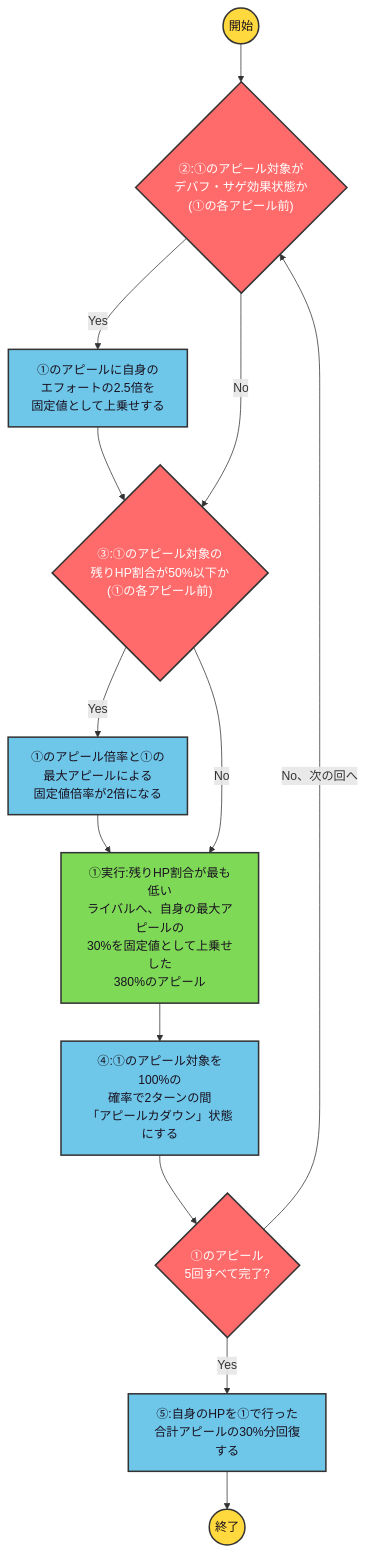
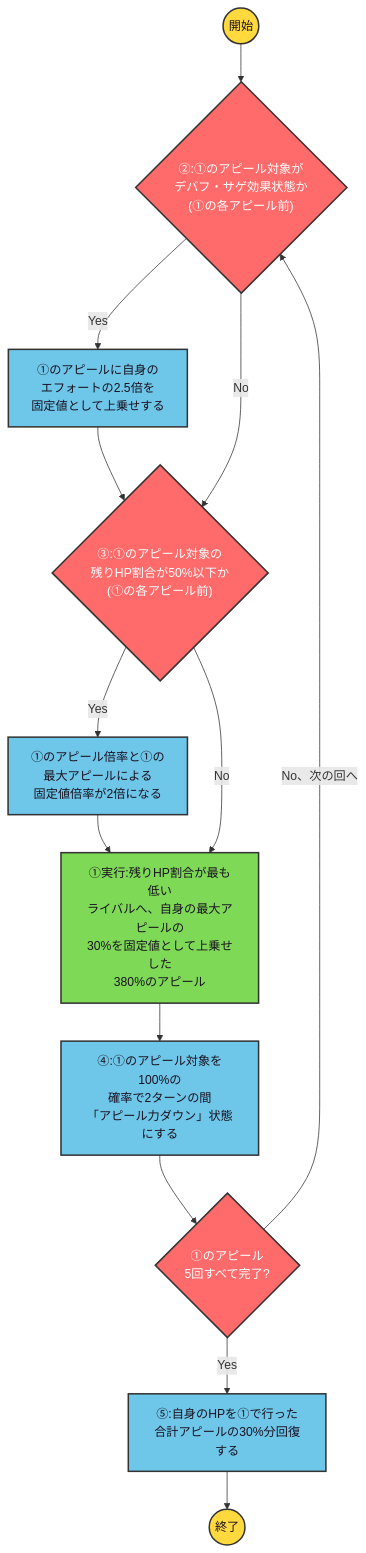
The diagram in data/sato_rika/gurugurucurtain_skill1.mmd (ryomochi0918/nogifra-characters), drawn with Mermaid before and after one commit. The commit also changed 19 other files, not shown here.

```diff
--- a/data/sato_rika/gurugurucurtain_skill1.mmd
+++ b/data/sato_rika/gurugurucurtain_skill1.mmd
@@ -1,15 +1,15 @@
 flowchart TD
     classDef startend fill:#FFD93D,stroke:#333,stroke-width:2px,color:#1a1220;
     classDef cond fill:#FF6B6B,stroke:#333,stroke-width:2px,color:#ffffff;
     classDef effect fill:#6EC6E8,stroke:#333,stroke-width:2px,color:#1a1220;
     classDef action fill:#7ED957,stroke:#333,stroke-width:2px,color:#1a1220;
 
     start(("開始")):::startend --> c2{"②:①のアピール対象が<br/>デバフ・サゲ効果状態か<br/>(①の各アピール前)"}:::cond
     c2 -->|"Yes"| e2["①のアピールに自身の<br/>エフォートの2.5倍を<br/>固定値として上乗せする"]:::effect --> c3
     c2 -->|"No"| c3{"③:①のアピール対象の<br/>残りHP割合が50%以下か<br/>(①の各アピール前)"}:::cond
     c3 -->|"Yes"| e3["①のアピール倍率と①の<br/>最大アピールによる<br/>固定値倍率が2倍になる"]:::effect --> a1
     c3 -->|"No"| a1["①実行:残りHP割合が最も低い<br/>ライバルへ、自身の最大アピールの<br/>30%を固定値として上乗せした<br/>380%のアピール"]:::action
-    a1 --> e4["④:①のアピール対象を100%の<br/>確率で2ターンの間<br/>「アピールカダウン」状態にする"]:::effect
+    a1 --> e4["④:①のアピール対象を100%の<br/>確率で2ターンの間<br/>「アピール力ダウン」状態にする"]:::effect
     e4 --> lc{"①のアピール<br/>5回すべて完了?"}:::cond
     lc -->|"No、次の回へ"| c2
     lc -->|"Yes"| e5["⑤:自身のHPを①で行った<br/>合計アピールの30%分回復する"]:::effect --> finish(("終了")):::startend
```
